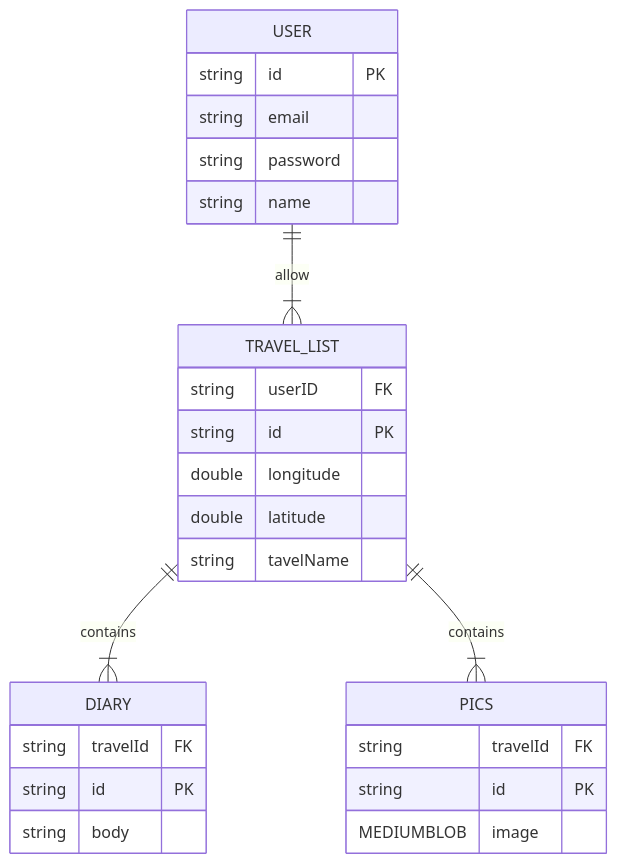
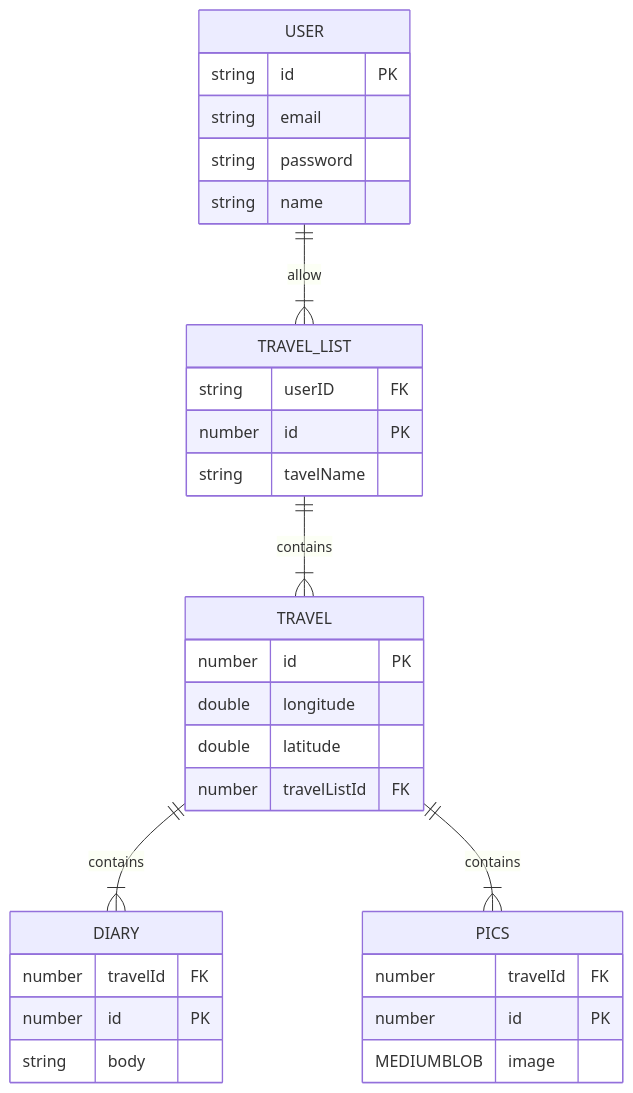
The diagram in README.md (KMUlee/nestjs-intertravel), drawn with Mermaid before and after one commit. The commit also changed 6 other files, not shown here.

````diff
--- a/README.md
+++ b/README.md
@@ -15,34 +15,40 @@
 ```mermaid
 erDiagram
     USER ||--|{ TRAVEL_LIST : allow
-    TRAVEL_LIST || -- |{ DIARY : contains
-    TRAVEL_LIST || -- |{ PICS : contains
+    TRAVEL_LIST ||--|{ TRAVEL: contains
+    TRAVEL || -- |{ DIARY : contains
+    TRAVEL || -- |{ PICS : contains
 
 
     USER {
       string id PK
       string email
       string password
       string name
     }
 
     TRAVEL_LIST {
       string userID FK
-      string id PK
-      double longitude
-      double latitude
+      number id PK
       string tavelName
     }
 
+    TRAVEL {
+      number id PK
+      double longitude
+      double latitude
+      number travelListId FK
+    }
+
     DIARY {
-      string travelId FK
-      string id PK
+      number travelId FK
+      number id PK
       string body
     }
 
     PICS {
-      string travelId FK
-      string id PK
+      number travelId FK
+      number id PK
       MEDIUMBLOB image
     }
 ```
````
